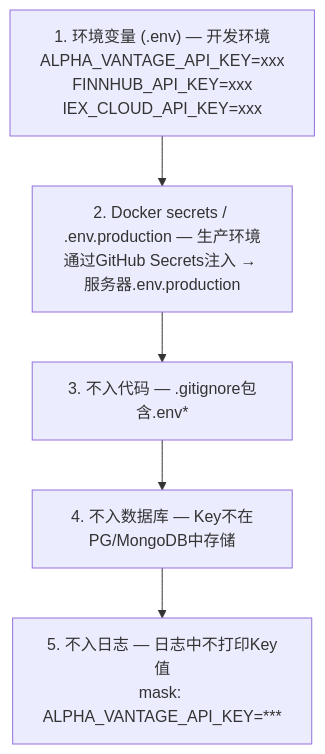
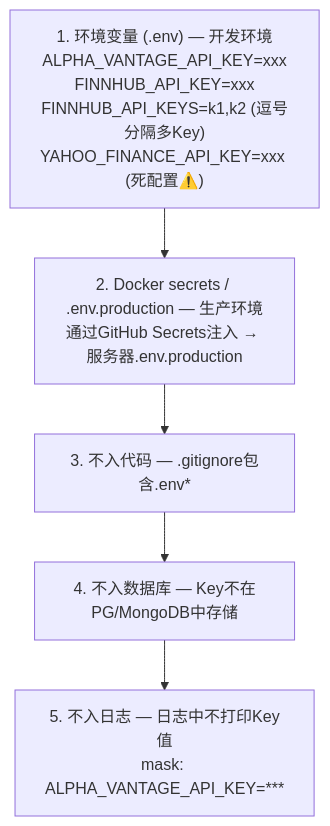
One commit to onceme/instantboard changed the second of 2 diagrams in docs/design/data-sources.md. Above: the diagram before and after it, drawn with Mermaid. The commit also changed other lines of this file and 14 other files, not shown here.

````diff
--- a/docs/design/data-sources.md
+++ b/docs/design/data-sources.md
@@ -389,12 +422,12 @@
 ```mermaid
 graph TD
-    env["1. 环境变量 (.env) — 开发环境<br/>ALPHA_VANTAGE_API_KEY=xxx<br/>FINNHUB_API_KEY=xxx<br/>IEX_CLOUD_API_KEY=xxx"]
+    env["1. 环境变量 (.env) — 开发环境<br/>ALPHA_VANTAGE_API_KEY=xxx<br/>FINNHUB_API_KEY=xxx<br/>FINNHUB_API_KEYS=k1,k2 (逗号分隔多Key)<br/>YAHOO_FINANCE_API_KEY=xxx (死配置⚠️)"]
     secrets["2. Docker secrets / .env.production — 生产环境<br/>通过GitHub Secrets注入 → 服务器.env.production"]
     no_code["3. 不入代码 — .gitignore包含.env*"]
     no_db["4. 不入数据库 — Key不在PG/MongoDB中存储"]
     no_log["5. 不入日志 — 日志中不打印Key值<br/>mask: ALPHA_VANTAGE_API_KEY=***"]
     env --> secrets
     secrets --> no_code
     no_code --> no_db
     no_db --> no_log
 ```
````
